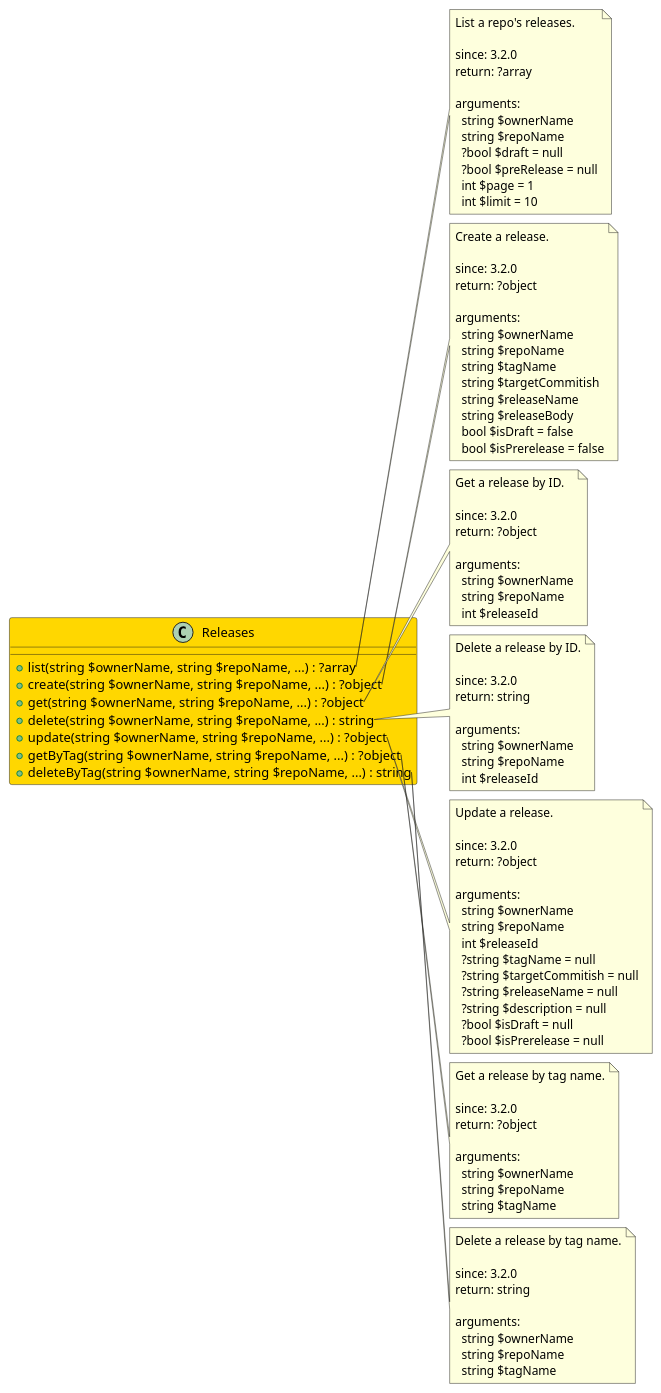
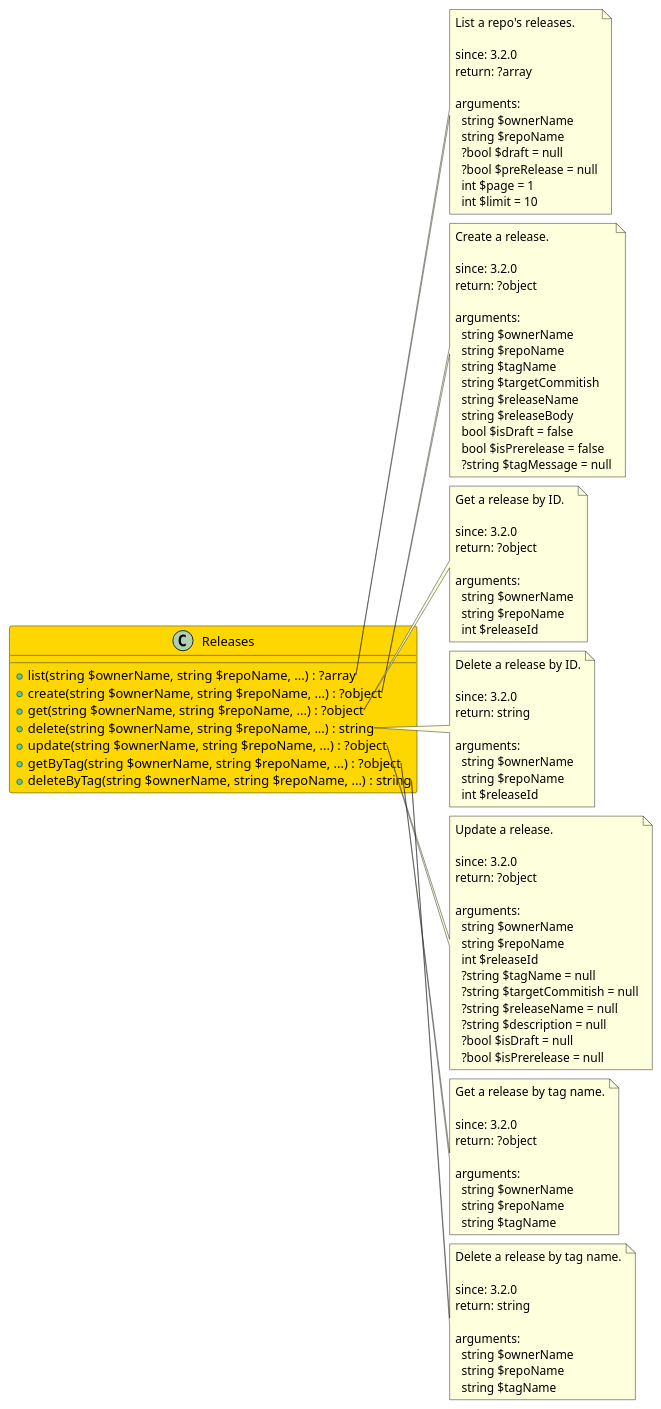
The diagram in src/754d737c-3b6f-43f0-8974-2e06a3daf41e/README.md (joomengine/gitea), drawn with PlantUML before and after one commit. The commit also changed 370 other files, not shown here.

```diff
--- a/src/754d737c-3b6f-43f0-8974-2e06a3daf41e/README.md
+++ b/src/754d737c-3b6f-43f0-8974-2e06a3daf41e/README.md
@@ -46,6 +46,7 @@
     string $releaseBody
     bool $isDraft = false
     bool $isPrerelease = false
+    ?string $tagMessage = null
 end note
 
 note right of Releases::get
```
